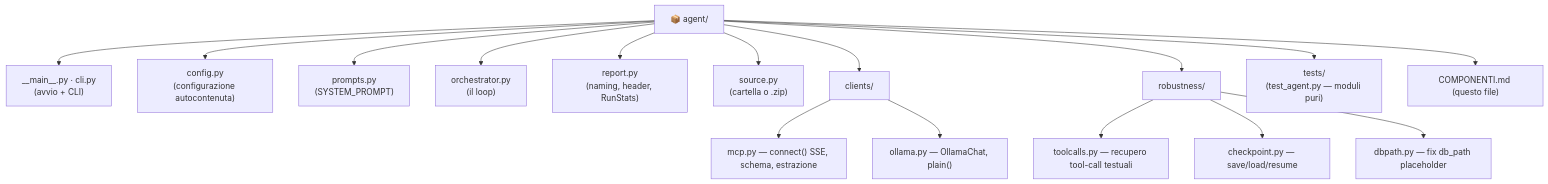
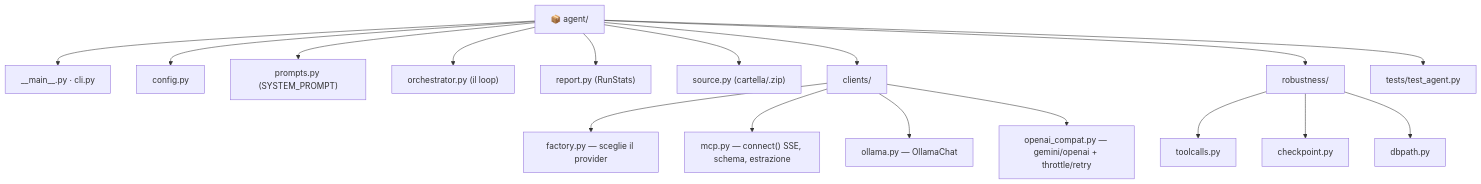
The seventh of 15 diagrams in documentazione/agent.md (iris-cmd22/Sibyl), drawn with Mermaid before and after one commit. The commit also changed other lines of this file and 3 other files, not shown here.

````diff
--- a/documentazione/agent.md
+++ b/documentazione/agent.md
@@ -213,22 +237,20 @@
 ```mermaid
 flowchart TD
     AGT["📦 agent/"]
-    AGT --> ENTRY["__main__.py · cli.py<br/>(avvio + CLI)"]
-    AGT --> CONF["config.py<br/>(configurazione autocontenuta)"]
-    AGT --> PROMPT["prompts.py<br/>(SYSTEM_PROMPT)"]
-    AGT --> ORCH["orchestrator.py<br/>(il loop)"]
-    AGT --> REP["report.py<br/>(naming, header, RunStats)"]
-    AGT --> SRC["source.py<br/>(cartella o .zip)"]
-
+    AGT --> ENTRY["__main__.py · cli.py"]
+    AGT --> CONF["config.py"]
+    AGT --> PROMPT["prompts.py (SYSTEM_PROMPT)"]
+    AGT --> ORCH["orchestrator.py (il loop)"]
+    AGT --> REP["report.py (RunStats)"]
+    AGT --> SRC["source.py (cartella/.zip)"]
     AGT --> CLI["clients/"]
+    CLI --> CLI0["factory.py — sceglie il provider"]
     CLI --> CLI1["mcp.py — connect() SSE, schema, estrazione"]
-    CLI --> CLI2["ollama.py — OllamaChat, plain()"]
-
+    CLI --> CLI2["ollama.py — OllamaChat"]
+    CLI --> CLI3["openai_compat.py — gemini/openai + throttle/retry"]
     AGT --> ROB["robustness/"]
-    ROB --> ROB1["toolcalls.py — recupero tool-call testuali"]
-    ROB --> ROB2["checkpoint.py — save/load/resume"]
-    ROB --> ROB3["dbpath.py — fix db_path placeholder"]
-
-    AGT --> TST["tests/<br/>(test_agent.py — moduli puri)"]
-    AGT --> DOC["COMPONENTI.md (questo file)"]
+    ROB --> ROB1["toolcalls.py"]
+    ROB --> ROB2["checkpoint.py"]
+    ROB --> ROB3["dbpath.py"]
+    AGT --> TST["tests/test_agent.py"]
 ```
````
